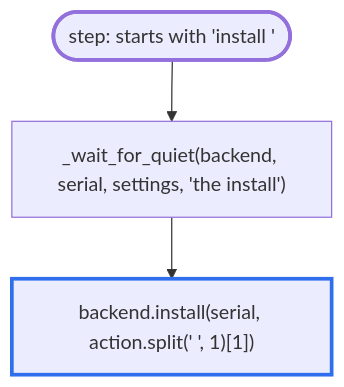
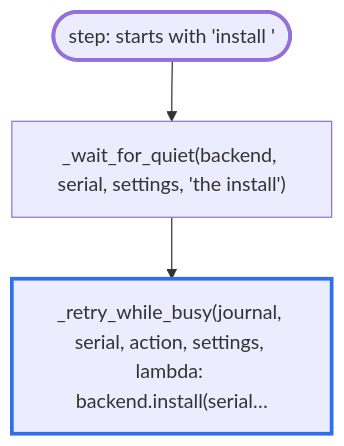
One commit to fettigcj/panUpgrade changed diagram 13 of 19 in docs/flow/upgrade.md. Above: the diagram before and after it, drawn with Mermaid. The commit also changed other lines of this file and 9 other files, not shown here.

First line of the commit message:
Wait out the firewall's own auto-commits: retry a busy install, settle after fail-over and reboot

````diff
--- a/docs/flow/upgrade.md
+++ b/docs/flow/upgrade.md
@@ -505,15 +507,15 @@
 ```mermaid
 flowchart TD
     d7_1(["step: starts with 'install '"])
     d7_2["_wait_for_quiet(backend, serial, settings, 'the install')"]
-    d7_3["backend.install(serial, action.split(' ', 1)[1])"]
+    d7_3["_retry_while_busy(journal, serial, action, settings, lambda: backend.install(serial…"]
     d7_1 --> d7_2
     d7_2 --> d7_3
     classDef api stroke:#2f6fed,stroke-width:3px
     classDef refuse stroke:#d64545,stroke-width:3px
     classDef done stroke:#2e9e5b,stroke-width:3px
     classDef step stroke:#e0a020,stroke-width:3px
     classDef entry stroke-width:3px
     class d7_1 entry
     class d7_3 api
 ```
````
